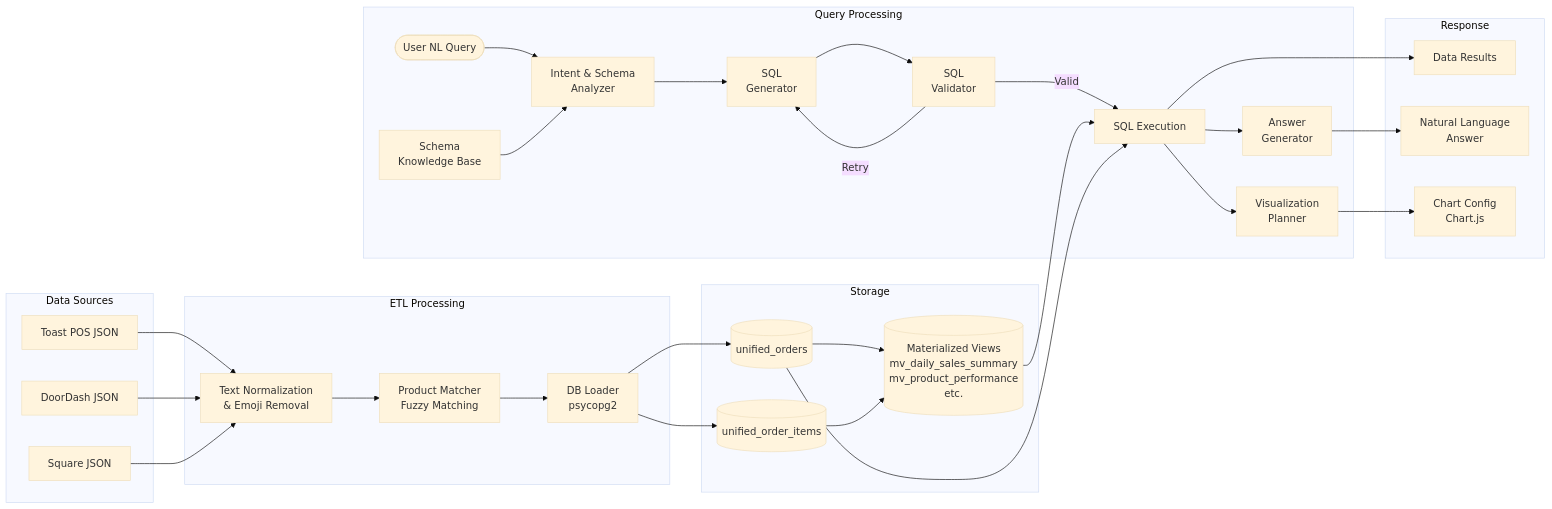
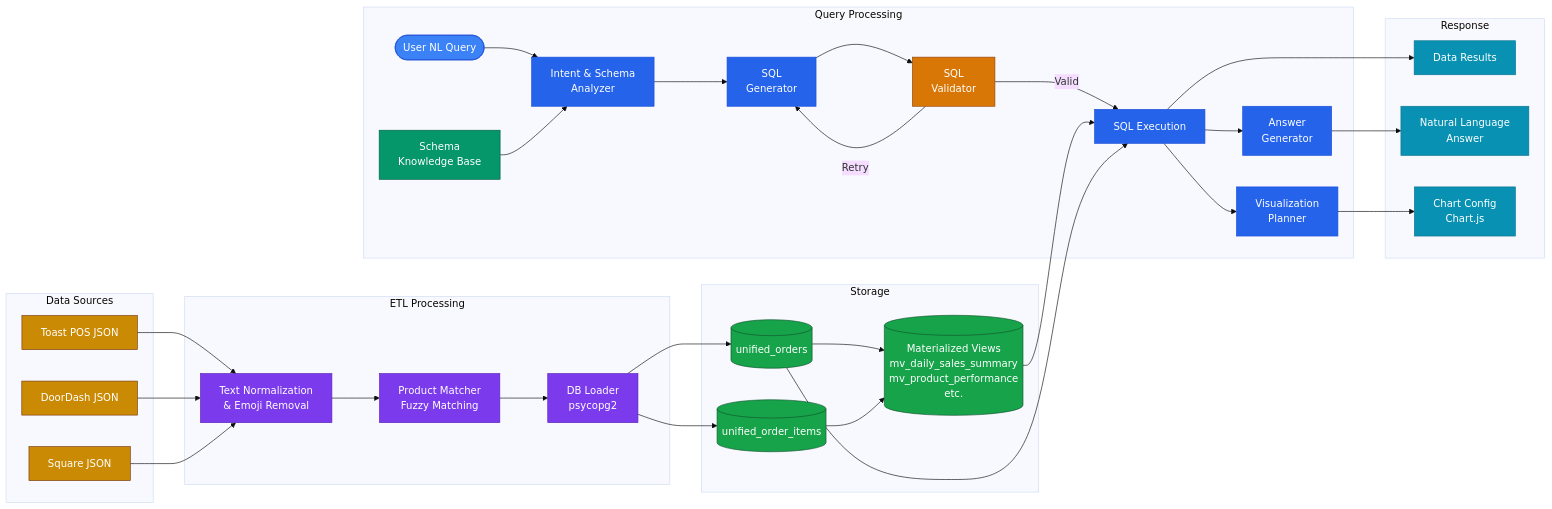
Before and after one commit to HarshaVardhanMannem/Multi-agent-restaurant-analytics: the second of 5 diagrams in README.md, drawn with Mermaid (base theme). The commit also changed other lines of this file, not shown here.

First line of the commit message:
feat: improve architecture diagrams with structured color scheme and enhanced visual flow

````diff
--- a/README.md
+++ b/README.md
@@ -150,50 +176,68 @@
 ```mermaid
 flowchart LR
     subgraph Sources["Data Sources"]
         T[Toast POS JSON]
         D[DoorDash JSON]
         S[Square JSON]
     end
 
     subgraph ETL["ETL Processing"]
         Norm[Text Normalization\n& Emoji Removal]
         Match[Product Matcher\nFuzzy Matching]
         Load[DB Loader\npsycopg2]
     end
 
     subgraph Storage["Storage"]
         UO[(unified_orders)]
         UOI[(unified_order_items)]
         MV[(Materialized Views\nmv_daily_sales_summary\nmv_product_performance\netc.)]
     end
 
     subgraph QueryFlow["Query Processing"]
         NLQ([User NL Query])
         ISA[Intent & Schema\nAnalyzer]
         SKB[Schema\nKnowledge Base]
         SQLGen[SQL\nGenerator]
         SQLVal[SQL\nValidator]
         Exec[SQL Execution]
         AnsGen[Answer\nGenerator]
         VizPlan[Visualization\nPlanner]
     end
 
     subgraph Output["Response"]
         Results[Data Results]
         NLAnswer[Natural Language\nAnswer]
         Chart[Chart Config\nChart.js]
     end
 
     T & D & S --> Norm --> Match --> Load
     Load --> UO & UOI
     UO & UOI --> MV
 
     NLQ --> ISA
     SKB --> ISA
     ISA --> SQLGen --> SQLVal -->|Valid| Exec
     SQLVal -->|Retry| SQLGen
     MV & UO --> Exec
     Exec --> AnsGen --> NLAnswer
     Exec --> VizPlan --> Chart
     Exec --> Results
+
+    classDef sourceNode fill:#CA8A04,stroke:#78350F,color:#fff
+    classDef etlProcNode fill:#7C3AED,stroke:#5B21B6,color:#fff
+    classDef storageNode fill:#16A34A,stroke:#14532D,color:#fff
+    classDef userNode fill:#3B82F6,stroke:#1D4ED8,color:#fff
+    classDef agentNode fill:#2563EB,stroke:#1D4ED8,color:#fff
+    classDef validatorNode fill:#D97706,stroke:#92400E,color:#fff
+    classDef skbNode fill:#059669,stroke:#065F46,color:#fff
+    classDef outputNode fill:#0891B2,stroke:#0E7490,color:#fff
+
+    class T,D,S sourceNode
+    class Norm,Match,Load etlProcNode
+    class UO,UOI,MV storageNode
+    class NLQ userNode
+    class ISA,SQLGen,Exec,AnsGen,VizPlan agentNode
+    class SQLVal validatorNode
+    class SKB skbNode
+    class Results,NLAnswer,Chart outputNode
 ```
````
